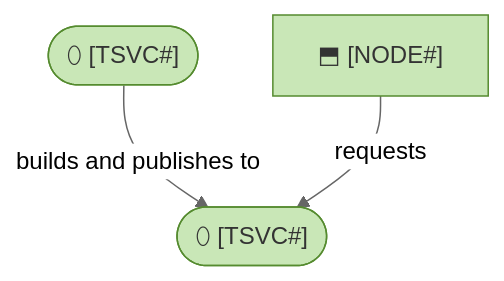
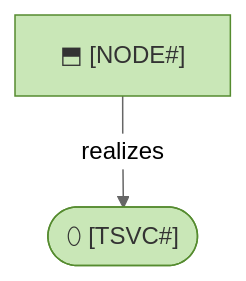
The second of 2 diagrams in plugins/archreator/assets/layers/5_technology/README.md (roanboc/archreator), drawn with Mermaid (neutral theme) before and after one commit. The commit also changed other lines of this file and 47 other files, not shown here.

````diff
--- a/plugins/archreator/assets/layers/5_technology/README.md
+++ b/plugins/archreator/assets/layers/5_technology/README.md
@@ -59,11 +57,9 @@
 ```mermaid
 flowchart TB
-  runtime["⬒ <Where it runs> [NODE#]"]:::technology
-  hosting(["⬯ <Hosting/platform> [TSVC#]"]):::technology
-  ci(["⬯ <CI/CD> [TSVC#]"]):::technology
+  platform["⬒ <Where it has to run> [NODE#]"]:::technology
+  hosting(["⬯ <What that platform offers> [TSVC#]"]):::technology
 
-  ci -->|builds and publishes to| hosting
-  runtime -->|requests| hosting
+  platform -->|realizes| hosting
 
   classDef technology fill:#c9e7b7,stroke:#558b2f,color:#333
 ```
````
